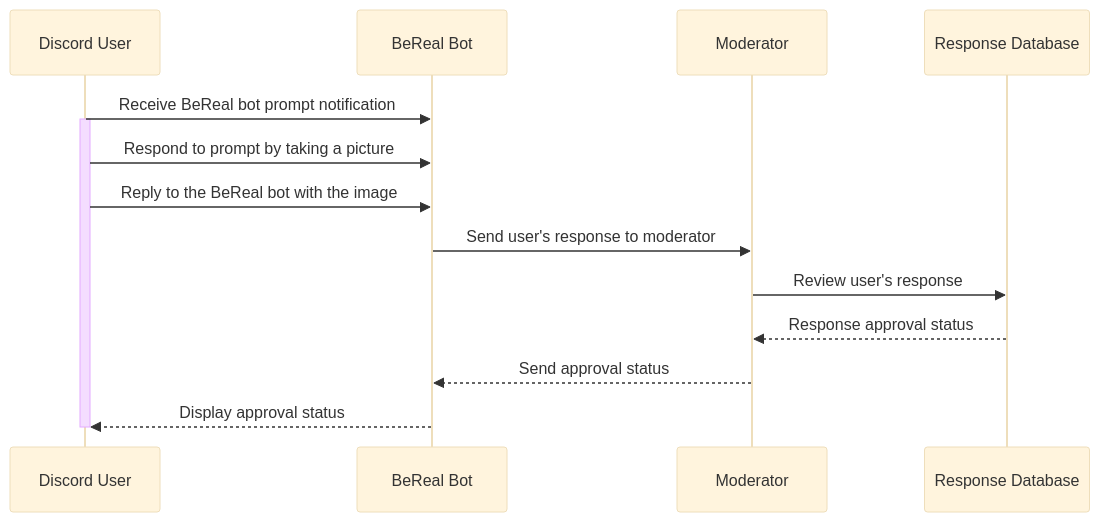
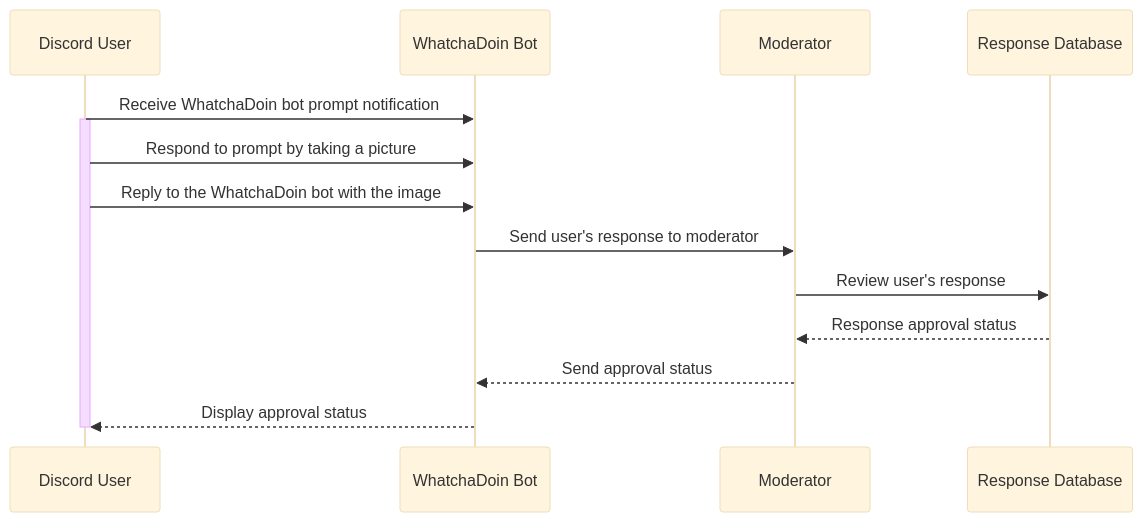
One commit to Capstone-Projects-2023-Fall/project-bereal-meets-slack changed the fourth of 11 diagrams in documentation/docs/system-architecture/design.md. Above: the diagram before and after it, drawn with Mermaid (base theme). The commit also changed other lines of this file, not shown here.

````diff
--- a/documentation/docs/system-architecture/design.md
+++ b/documentation/docs/system-architecture/design.md
@@ -258,20 +258,20 @@
 ```mermaid
 
 sequenceDiagram
     participant User as Discord User
-    participant BeRealBot as BeReal Bot
+    participant WhatchaDoinBot as WhatchaDoin Bot
     participant Moderator as Moderator
     participant Database as Response Database
 
-    User ->> BeRealBot: Receive BeReal bot prompt notification
+    User ->> WhatchaDoinBot: Receive WhatchaDoin bot prompt notification
     activate User
-    User ->> BeRealBot: Respond to prompt by taking a picture
-    User ->> BeRealBot: Reply to the BeReal bot with the image
-    BeRealBot ->> Moderator: Send user's response to moderator
+    User ->> WhatchaDoinBot: Respond to prompt by taking a picture
+    User ->> WhatchaDoinBot: Reply to the WhatchaDoin bot with the image
+    WhatchaDoinBot ->> Moderator: Send user's response to moderator
     Moderator ->> Database: Review user's response
     Database -->> Moderator: Response approval status
-    Moderator -->> BeRealBot: Send approval status
-    BeRealBot -->> User: Display approval status
+    Moderator -->> WhatchaDoinBot: Send approval status
+    WhatchaDoinBot -->> User: Display approval status
     deactivate User
 
 ```
````
